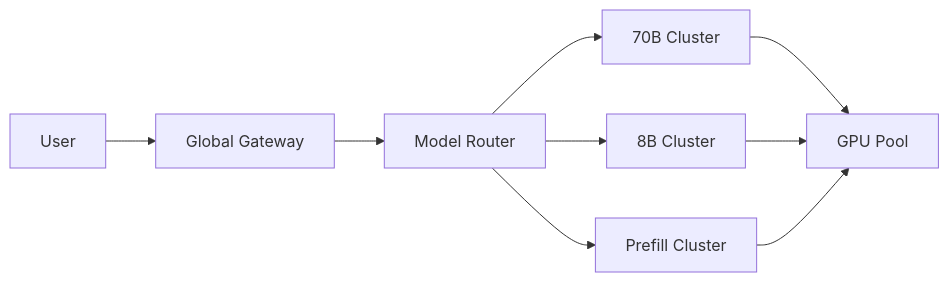
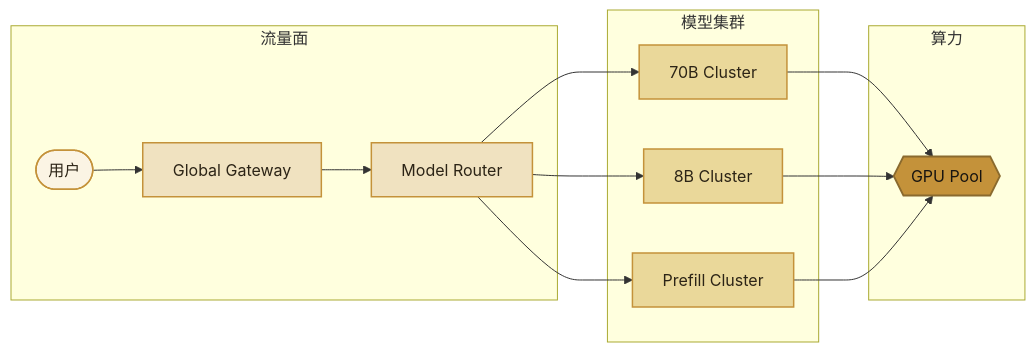
Before and after one commit to xiangel/llm-inference-course: the second of 2 diagrams in src/content/docs/00-introduction/01-landscape.mdx, drawn with Mermaid. The commit also changed other lines of this file and 9 other files, not shown here.

First line of the commit message:
Restyle architecture diagrams to match the book palette

````diff
--- a/src/content/docs/00-introduction/01-landscape.mdx
+++ b/src/content/docs/00-introduction/01-landscape.mdx
@@ -136,11 +158,27 @@
 ```mermaid
 flowchart LR
-  User --> GlobalGW["Global Gateway"]
-  GlobalGW --> Router["Model Router"]
-  Router --> C1["70B Cluster"]
-  Router --> C2["8B Cluster"]
-  Router --> C3["Prefill Cluster"]
-  C1 --> GPU1["GPU Pool"]
-  C2 --> GPU1
-  C3 --> GPU1
+  classDef client fill:#fbf4e4,stroke:#c4923a,color:#2c2416,stroke-width:1.5px
+  classDef control fill:#f0e2c0,stroke:#c4923a,color:#2c2416,stroke-width:1.5px
+  classDef compute fill:#ead89a,stroke:#c4923a,color:#2c2416,stroke-width:1.5px
+  classDef device fill:#c4923a,stroke:#8a6a2e,color:#171410,stroke-width:1.8px
+
+  subgraph Traffic["流量面"]
+    User(["用户"]):::client
+    GlobalGW["Global Gateway"]:::control
+    Router["Model Router"]:::control
+  end
+
+  subgraph Clusters["模型集群"]
+    C1["70B Cluster"]:::compute
+    C2["8B Cluster"]:::compute
+    C3["Prefill Cluster"]:::compute
+  end
+
+  subgraph Pool["算力"]
+    GPU1{{"GPU Pool"}}:::device
+  end
+
+  User --> GlobalGW --> Router
+  Router --> C1 & C2 & C3
+  C1 & C2 & C3 --> GPU1
 ```
````
